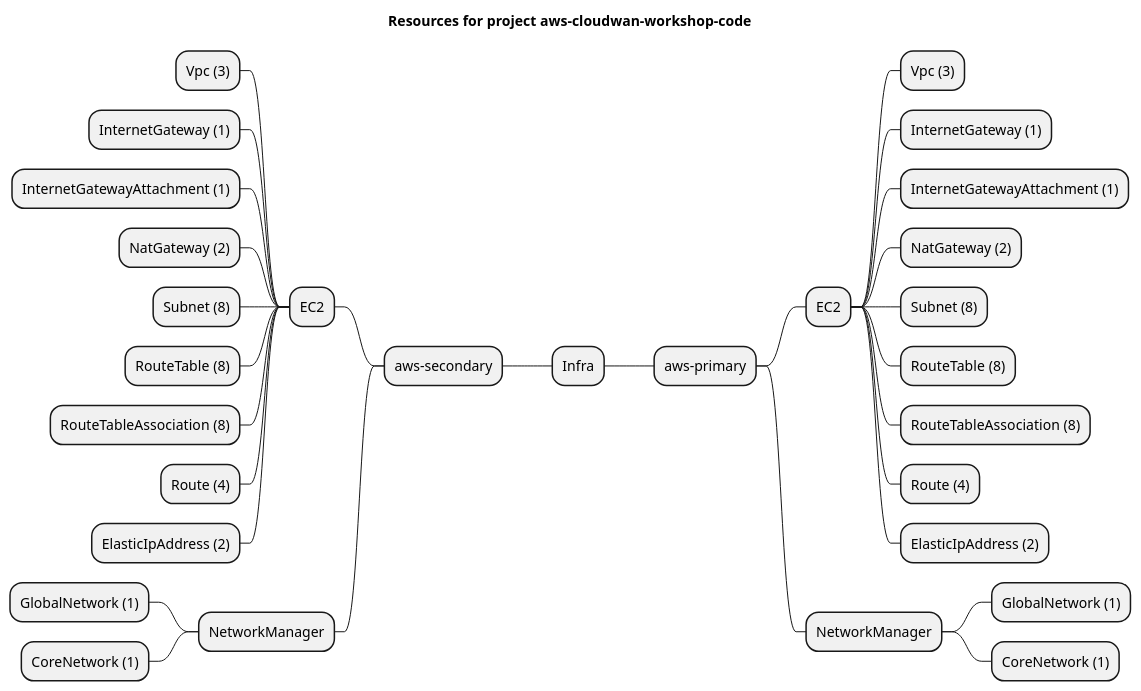
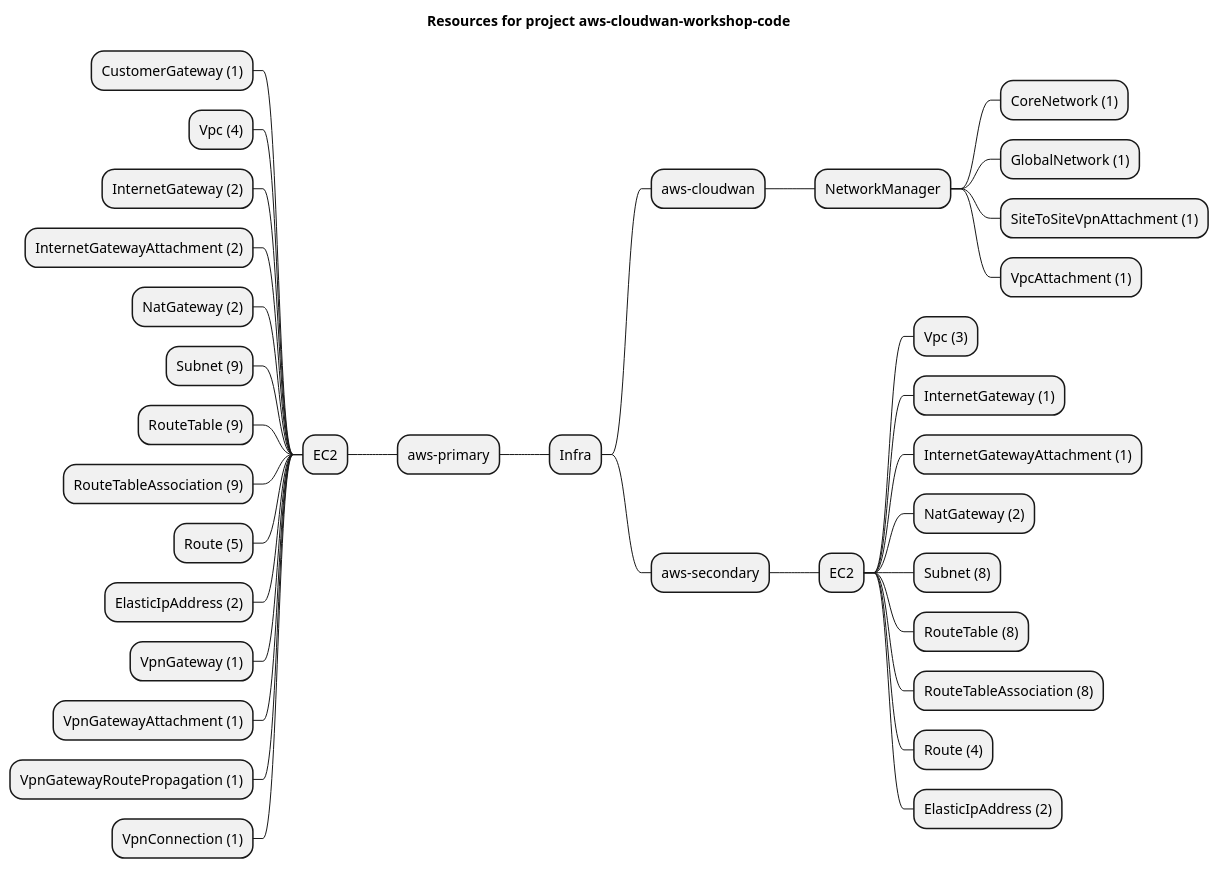
The diagram in examples/aws/aws-samples/aws-cloudwan-workshop-code/artifacts/resources-mindmap.puml (grucloud/grucloud), drawn with PlantUML before and after one commit. The commit also changed 11 other files, not shown here.

```diff
--- a/examples/aws/aws-samples/aws-cloudwan-workshop-code/artifacts/resources-mindmap.puml
+++ b/examples/aws/aws-samples/aws-cloudwan-workshop-code/artifacts/resources-mindmap.puml
@@ -1,33 +1,38 @@
 @startmindmap
 title Resources for project aws-cloudwan-workshop-code
 skinparam monochrome true
 + Infra
-++ aws-primary
+++ aws-cloudwan
++++ NetworkManager
+++++ CoreNetwork (1)
+++++ GlobalNetwork (1)
+++++ SiteToSiteVpnAttachment (1)
+++++ VpcAttachment (1)
+-- aws-primary
+--- EC2
+---- CustomerGateway (1)
+---- Vpc (4)
+---- InternetGateway (2)
+---- InternetGatewayAttachment (2)
+---- NatGateway (2)
+---- Subnet (9)
+---- RouteTable (9)
+---- RouteTableAssociation (9)
+---- Route (5)
+---- ElasticIpAddress (2)
+---- VpnGateway (1)
+---- VpnGatewayAttachment (1)
+---- VpnGatewayRoutePropagation (1)
+---- VpnConnection (1)
+++ aws-secondary
 +++ EC2
 ++++ Vpc (3)
 ++++ InternetGateway (1)
 ++++ InternetGatewayAttachment (1)
 ++++ NatGateway (2)
 ++++ Subnet (8)
 ++++ RouteTable (8)
 ++++ RouteTableAssociation (8)
 ++++ Route (4)
 ++++ ElasticIpAddress (2)
-+++ NetworkManager
-++++ GlobalNetwork (1)
-++++ CoreNetwork (1)
--- aws-secondary
---- EC2
----- Vpc (3)
----- InternetGateway (1)
----- InternetGatewayAttachment (1)
----- NatGateway (2)
----- Subnet (8)
----- RouteTable (8)
----- RouteTableAssociation (8)
----- Route (4)
----- ElasticIpAddress (2)
---- NetworkManager
----- GlobalNetwork (1)
----- CoreNetwork (1)
 @endmindmap
```
